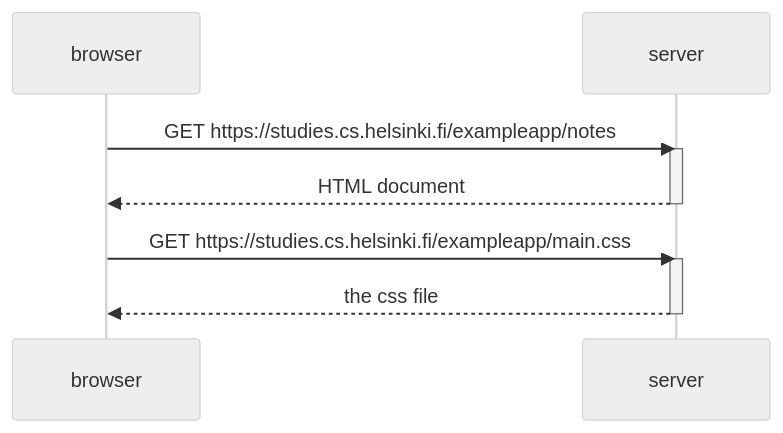
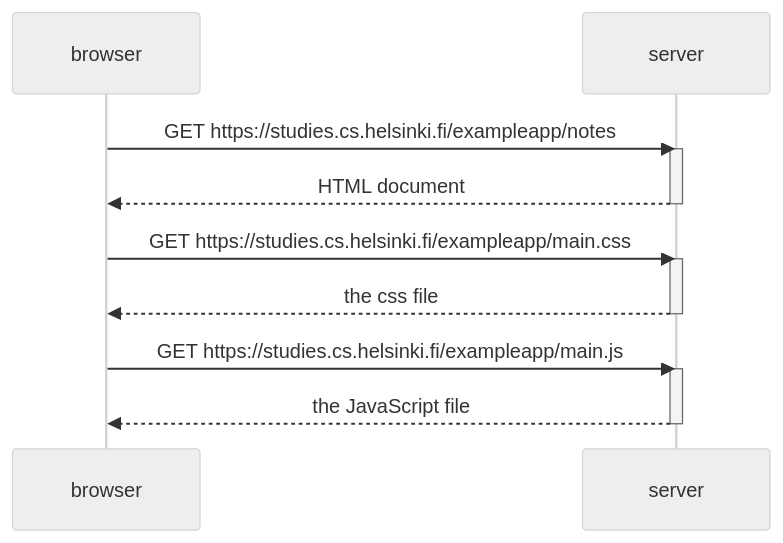
One commit to moocjsi/mooc-harj03 changed the diagram in mermaid-test6.md. Above: the diagram before and after it, drawn with Mermaid (neutral theme).

````diff
--- a/mermaid-test6.md
+++ b/mermaid-test6.md
@@ -1,16 +1,21 @@
 ```mermaid
 sequenceDiagram
     participant browser
     participant server
     
     browser->>server: GET https://studies.cs.helsinki.fi/exampleapp/notes
     activate server
     server-->>browser: HTML document
     deactivate server
 
     browser->>server: GET https://studies.cs.helsinki.fi/exampleapp/main.css
     activate server
     server-->>browser: the css file
     deactivate server
 
+    browser->>server: GET https://studies.cs.helsinki.fi/exampleapp/main.js
+    activate server
+    server-->>browser: the JavaScript file
+    deactivate server
+
 ```
````
